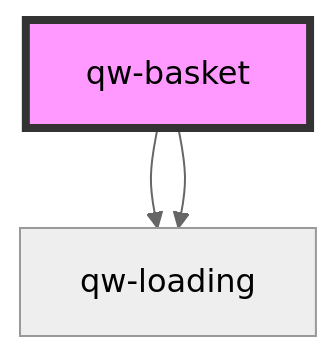
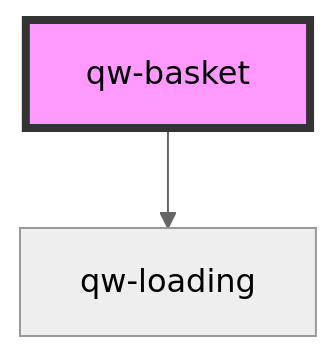
Before and after one commit to qwentes-team/qw-hotels: the diagram in src/components/qw-basket/readme.md, drawn with Mermaid (neutral theme). The commit also changed other lines of this file and 16 other files, not shown here.

````diff
--- a/src/components/qw-basket/readme.md
+++ b/src/components/qw-basket/readme.md
@@ -16,6 +15,5 @@
 ```mermaid
 graph TD;
   qw-basket --> qw-loading
-  qw-basket --> qw-loading
   style qw-basket fill:#f9f,stroke:#333,stroke-width:4px
 ```
````
